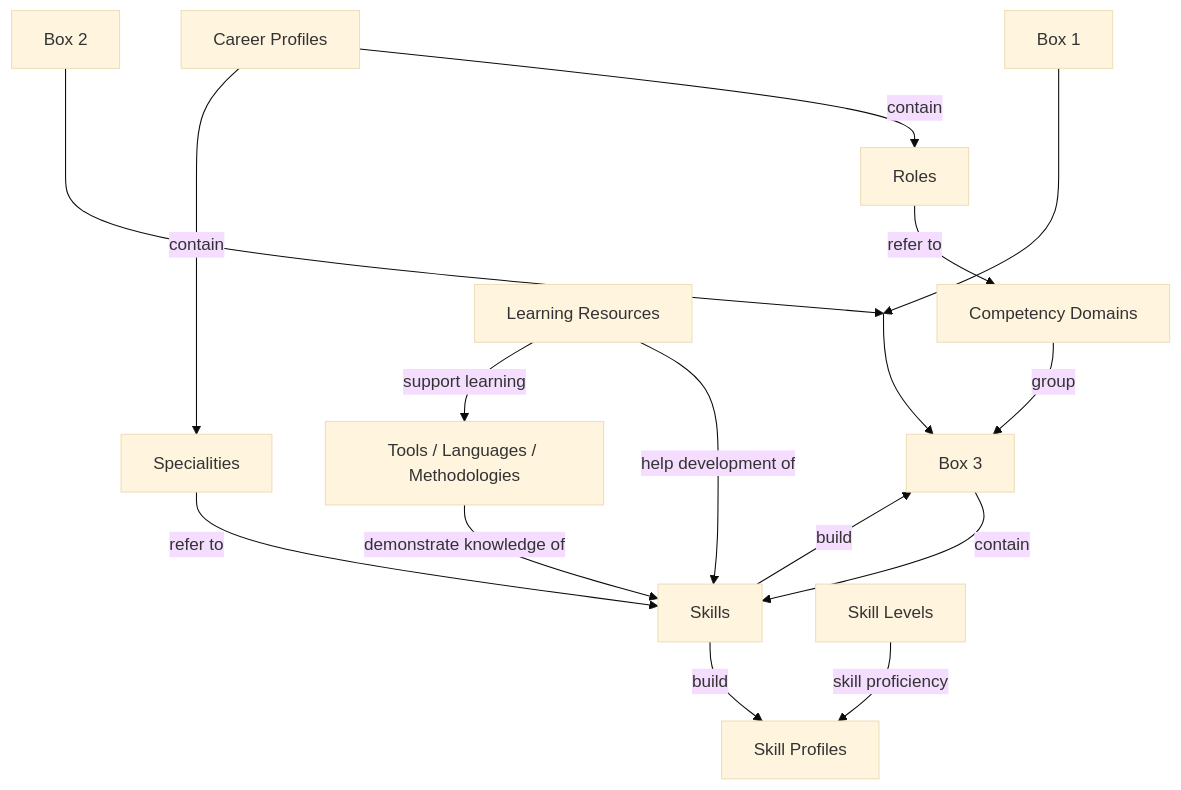
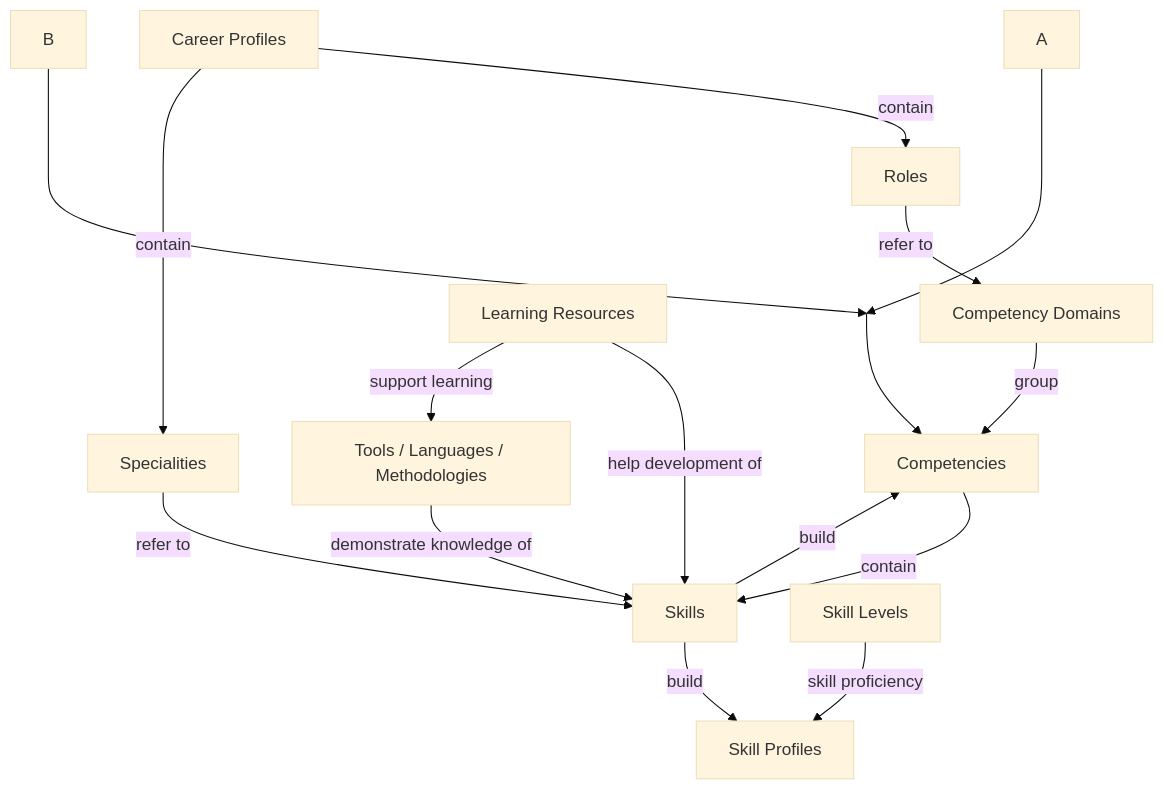
One commit to direct-framework/digital-research-competencies-framework changed the diagram in framework/framework-diagram.md. Above: the diagram before and after it, drawn with Mermaid (base theme).

Commit message:
Refactor framework diagram syntax for clarity

````diff
--- a/framework/framework-diagram.md
+++ b/framework/framework-diagram.md
@@ -12,32 +12,32 @@
 ```mermaid
 flowchart TD
 CD[Competency Domains]
 C[Competencies]
 Sk[Skills]
 SL[Skill Levels]
 TLM[Tools / Languages / Methodologies]
 LR[Learning Resources]
 R[Roles]
 Spec[Specialities]
 CP[Career Profiles]
 SP[Skill Profiles]
 
 CD -- group --> C
 C -- contain --> Sk
 Sk -- build --> C
 TLM -- demonstrate knowledge of --> Sk
 LR -- help development of --> Sk
 LR -- support learning --> TLM
 CP -- contain --> R
 CP -- contain --> Spec
 R -- refer to --> CD
 Spec -- refer to --> Sk
 Sk -- build --> SP
 SL -- skill proficiency --> SP
 
-A[Box 1] ---> D:::invisible
-B[Box 2] ---> D
-D --> C[Box 3]
+classDef invisible display:none;
+A ---> D:::invisible
+B ---> D
+D --> C
 
-classDef invisible display:none;
 ```
````
